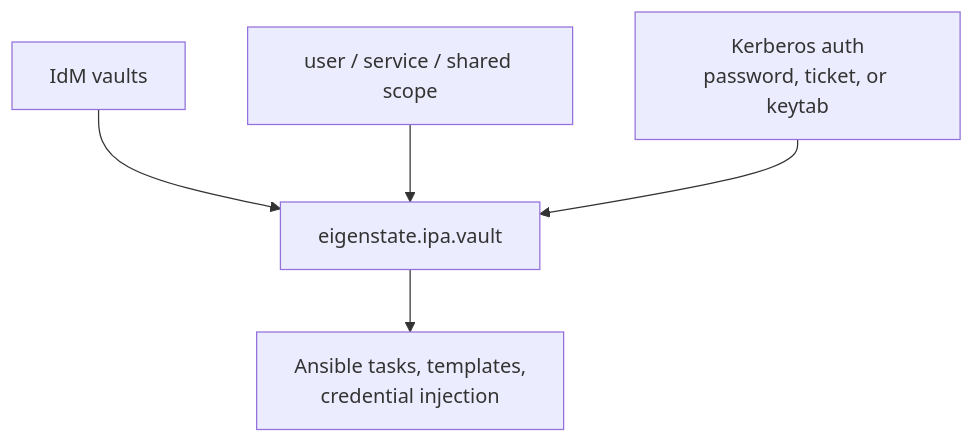
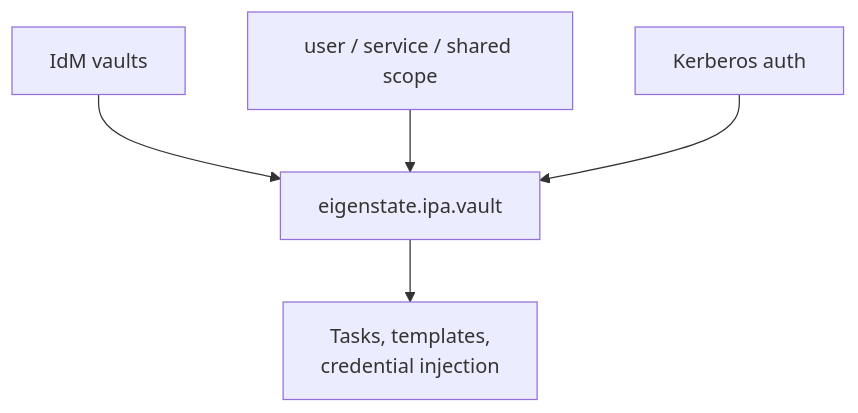
Before and after one commit to gprocunier/eigenstate-ipa: the first of 13 diagrams in docs/vault-capabilities.md, drawn with Mermaid. The commit also changed other lines of this file and 12 other files, not shown here.

Commit message:
Clean up Mermaid diagrams across docs

````diff
--- a/docs/vault-capabilities.md
+++ b/docs/vault-capabilities.md
@@ -45,13 +45,13 @@
 ```mermaid
 flowchart TD
     vaults["IdM vaults"]
     scopes["user / service / shared scope"]
-    auth["Kerberos auth\npassword, ticket, or keytab"]
+    auth["Kerberos auth"]
     lookup["eigenstate.ipa.vault"]
-    tasks["Ansible tasks, templates,\ncredential injection"]
+    tasks["Tasks, templates,\ncredential injection"]
 
     vaults --> lookup
     scopes --> lookup
     auth --> lookup
     lookup --> tasks
 ```
````
